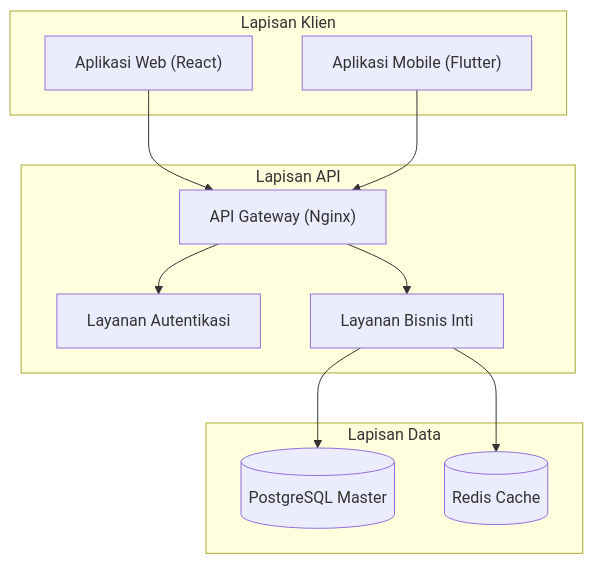
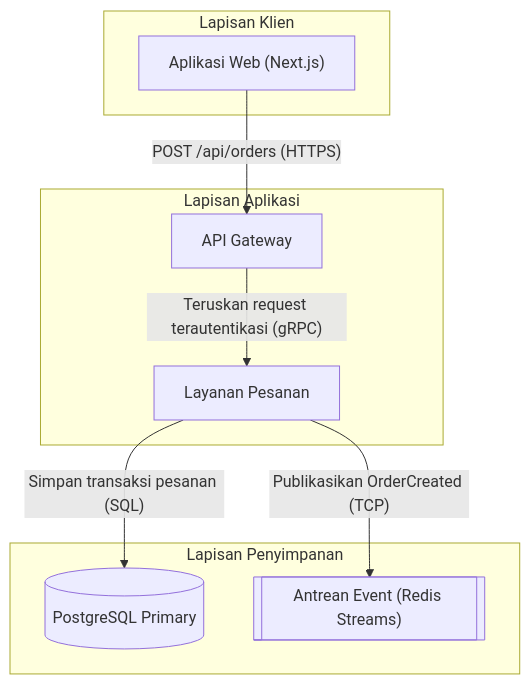
One commit to giriedu/maxilun changed the second of 5 diagrams in skills/maxilun-diagrams/SKILL.md. Above: the diagram before and after it, drawn with Mermaid. The commit also changed other lines of this file and 41 other files, not shown here.

Commit message:
feat(ecosystem): decision architecture overhaul, anti-monoculture & tooling parity

````diff
--- a/skills/maxilun-diagrams/SKILL.md
+++ b/skills/maxilun-diagrams/SKILL.md
@@ -81,24 +78,21 @@
 ```mermaid
 flowchart TB
     subgraph Klien["Lapisan Klien"]
-        Web["Aplikasi Web (React)"]
-        Mobile["Aplikasi Mobile (Flutter)"]
+        Web["Aplikasi Web (Next.js)"]
     end
 
-    subgraph Gerbang["Lapisan API"]
-        GW["API Gateway (Nginx)"]
-        AuthService["Layanan Autentikasi"]
-        CoreService["Layanan Bisnis Inti"]
+    subgraph Layanan["Lapisan Aplikasi"]
+        GW["API Gateway"]
+        OrderSvc["Layanan Pesanan"]
     end
 
-    subgraph DataStore["Lapisan Data"]
-        DB[("PostgreSQL Master")]
-        Cache[("Redis Cache")]
+    subgraph Data["Lapisan Penyimpanan"]
+        DB[("PostgreSQL Primary")]
+        Queue[["Antrean Event (Redis Streams)"]]
     end
 
-    Web & Mobile --> GW
-    GW --> AuthService
-    GW --> CoreService
-    CoreService --> DB
-    CoreService --> Cache
+    Web -->|"POST /api/orders (HTTPS)"| GW
+    GW -->|"Teruskan request terautentikasi (gRPC)"| OrderSvc
+    OrderSvc -->|"Simpan transaksi pesanan (SQL)"| DB
+    OrderSvc -->|"Publikasikan OrderCreated (TCP)"| Queue
 ```
````
